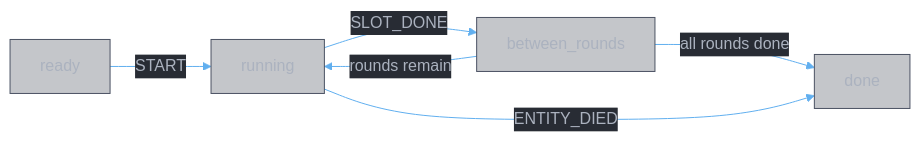
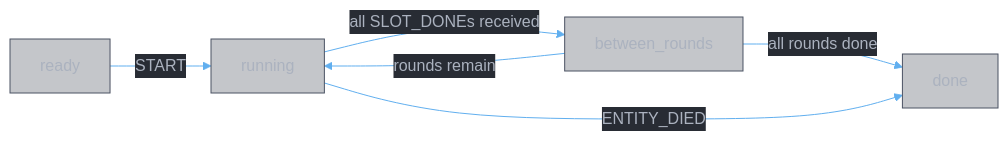
The second of 9 diagrams in docs/simulator/simulator.actors.md (zhifengzhang-sz/divine-book), drawn with Mermaid before and after one commit. The commit also changed other lines of this file and 21 other files, not shown here.

First line of the commit message:
feat: combat simulator — bridge, configs, tests, trace, and chart visualization

````diff
--- a/docs/simulator/simulator.actors.md
+++ b/docs/simulator/simulator.actors.md
@@ -155,9 +155,9 @@
 ```mermaid
 %%{init: {'theme': 'base', 'themeVariables': {'primaryColor': '#3e44514D', 'primaryTextColor': '#abb2bf', 'primaryBorderColor': '#4b5263', 'lineColor': '#61afef', 'secondaryColor': '#2c313a4D', 'secondaryTextColor': '#abb2bf', 'secondaryBorderColor': '#4b5263', 'tertiaryColor': '#282c344D', 'mainBkg': '#3e44514D', 'nodeBorder': '#4b5263', 'clusterBkg': '#2c313a4D', 'clusterBorder': '#4b5263', 'titleColor': '#e5c07b', 'edgeLabelBackground': '#282c34', 'textColor': '#abb2bf', 'background': '#282c34'}}}%%
 graph LR
     ready["ready"] -->|"START"| running["running"]
-    running -->|"SLOT_DONE"| between["between_rounds"]
+    running -->|"all SLOT_DONEs received"| between["between_rounds"]
     between -->|"rounds remain"| running
     between -->|"all rounds done"| done["done"]
     running -->|"ENTITY_DIED"| done
 ```
````
